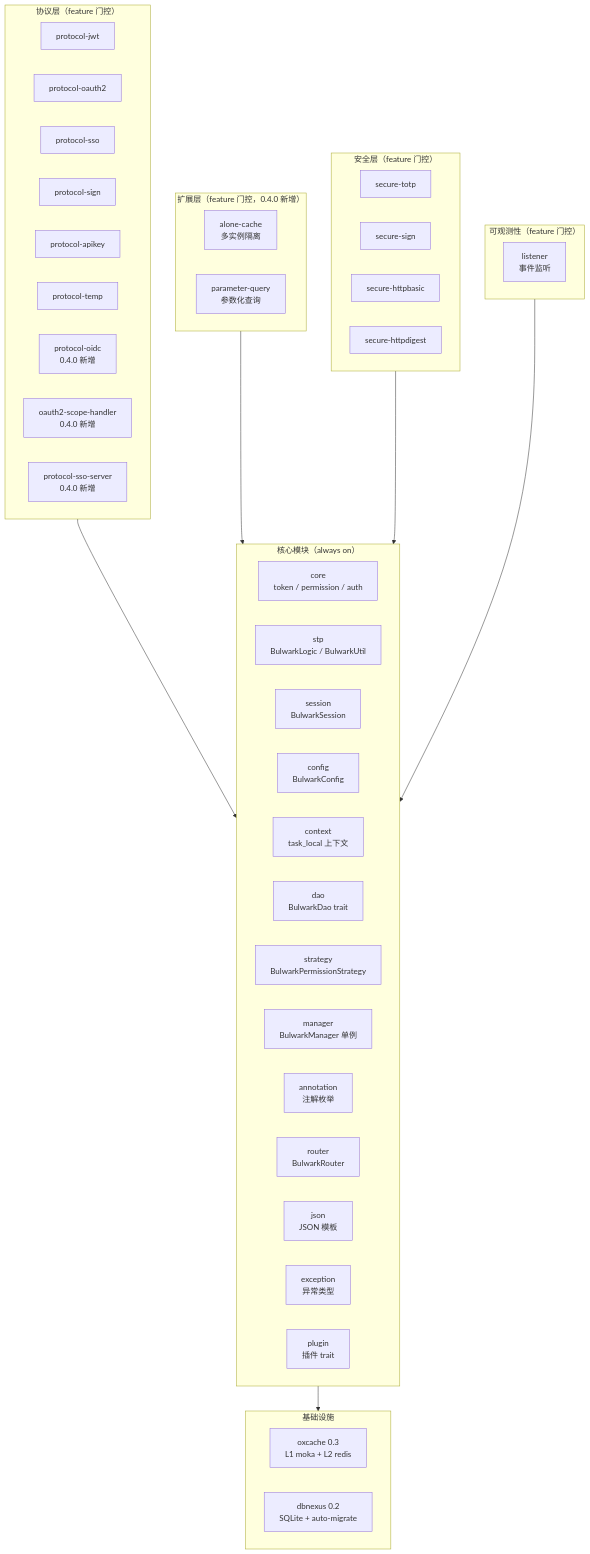
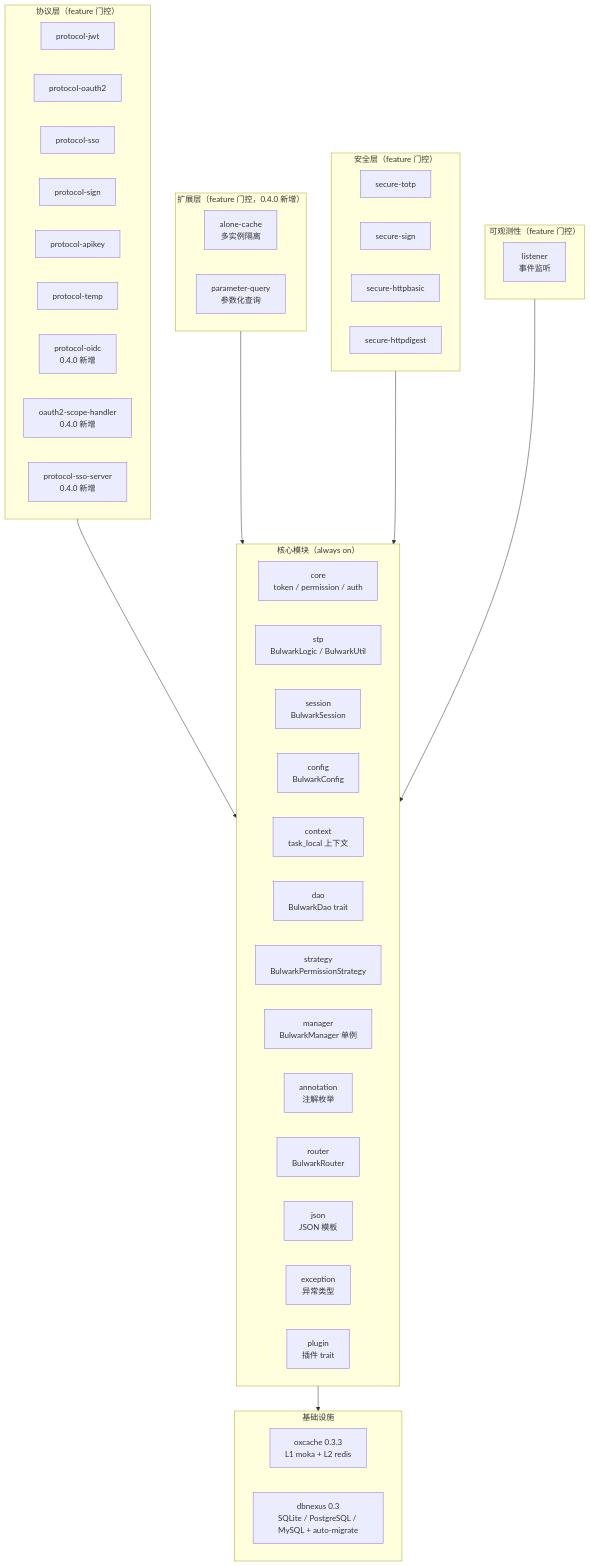
The first of 3 diagrams in docs/ARCHITECTURE.md (Kirky-X/garrison), drawn with Mermaid before and after one commit. The commit also changed other lines of this file and 9 other files, not shown here.

````diff
--- a/docs/ARCHITECTURE.md
+++ b/docs/ARCHITECTURE.md
@@ -48,57 +48,57 @@
 ```mermaid
 graph TB
     subgraph CoreLayer["核心模块（always on）"]
         core[core<br/>token / permission / auth]
         stp[stp<br/>BulwarkLogic / BulwarkUtil]
         session[session<br/>BulwarkSession]
         config[config<br/>BulwarkConfig]
         context[context<br/>task_local 上下文]
         dao[dao<br/>BulwarkDao trait]
         strategy[strategy<br/>BulwarkPermissionStrategy]
         manager[manager<br/>BulwarkManager 单例]
         annotation[annotation<br/>注解枚举]
         router[router<br/>BulwarkRouter]
         json[json<br/>JSON 模板]
         exception[exception<br/>异常类型]
         plugin[plugin<br/>插件 trait]
     end
 
     subgraph ProtocolLayer["协议层（feature 门控）"]
         protocol-jwt[protocol-jwt]
         oauth2[protocol-oauth2]
         sso[protocol-sso]
         sign[protocol-sign]
         apikey[protocol-apikey]
         temp[protocol-temp]
         oidc[protocol-oidc<br/>0.4.0 新增]
         scope-handler[oauth2-scope-handler<br/>0.4.0 新增]
         sso-server[protocol-sso-server<br/>0.4.0 新增]
     end
 
     subgraph ExtensionLayer["扩展层（feature 门控，0.4.0 新增）"]
         alone-cache[alone-cache<br/>多实例隔离]
         parameter-query[parameter-query<br/>参数化查询]
     end
 
     subgraph SecureLayer["安全层（feature 门控）"]
         secure-totp[secure-totp]
         secure-sign[secure-sign]
         httpbasic[secure-httpbasic]
         httpdigest[secure-httpdigest]
     end
 
     subgraph InfraLayer["基础设施"]
-        oxcache[oxcache 0.3<br/>L1 moka + L2 redis]
-        dbnexus[dbnexus 0.2<br/>SQLite + auto-migrate]
+        oxcache[oxcache 0.3.3<br/>L1 moka + L2 redis]
+        dbnexus[dbnexus 0.3<br/>SQLite / PostgreSQL / MySQL + auto-migrate]
     end
 
     subgraph Observable["可观测性（feature 门控）"]
         listener[listener<br/>事件监听]
     end
 
     CoreLayer --> InfraLayer
     ProtocolLayer --> CoreLayer
     ExtensionLayer --> CoreLayer
     SecureLayer --> CoreLayer
     Observable --> CoreLayer
 ```
````
